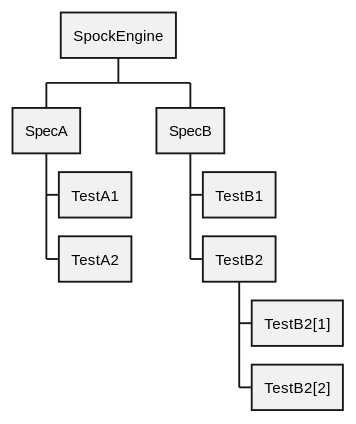
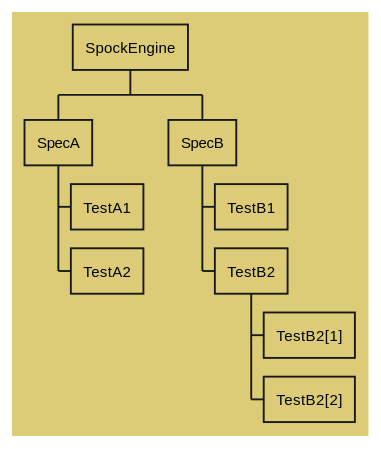
The first of 7 diagrams in docs/parallel_execution.adoc (spockframework/spock), drawn with PlantUML before and after one commit. The commit also changed other lines of this file, not shown here.

```diff
--- a/docs/parallel_execution.adoc
+++ b/docs/parallel_execution.adoc
@@ -93,15 +93,20 @@
 [plantuml,images/execution-hierarchy-same-thread,svg]
 ....
 @startwbs
+<style>
+wbsDiagram {
+  BackgroundColor #DDCC77
+}
+</style>
 skinparam shadowing false
 * SpockEngine
 ** SpecA
 *** TestA1
 *** TestA2
 ** SpecB
 *** TestB1
 *** TestB2
 **** TestB2[1]
 **** TestB2[2]
 @endwbs
 ....
```
